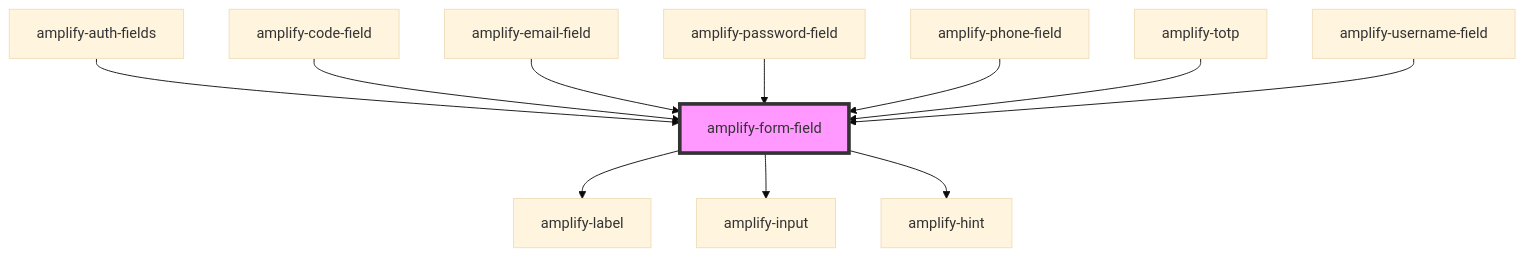
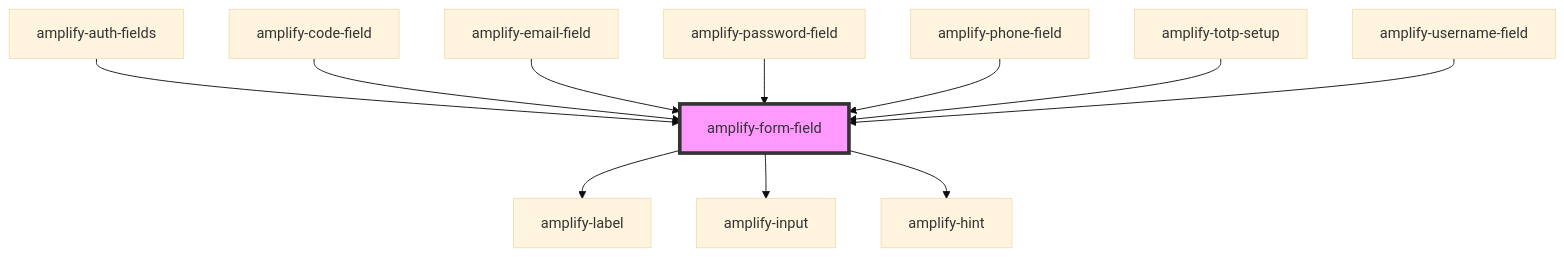
The diagram in packages/amplify-ui-components/src/components/amplify-form-field/readme.md (aws-amplify/amplify-js), drawn with Mermaid (base theme) before and after one commit. The commit also changed other lines of this file and 12 other files, not shown here.

````diff
--- a/packages/amplify-ui-components/src/components/amplify-form-field/readme.md
+++ b/packages/amplify-ui-components/src/components/amplify-form-field/readme.md
@@ -44,14 +44,14 @@
 ```mermaid
 graph TD;
   amplify-form-field --> amplify-label
   amplify-form-field --> amplify-input
   amplify-form-field --> amplify-hint
   amplify-auth-fields --> amplify-form-field
   amplify-code-field --> amplify-form-field
   amplify-email-field --> amplify-form-field
   amplify-password-field --> amplify-form-field
   amplify-phone-field --> amplify-form-field
-  amplify-totp --> amplify-form-field
+  amplify-totp-setup --> amplify-form-field
   amplify-username-field --> amplify-form-field
   style amplify-form-field fill:#f9f,stroke:#333,stroke-width:4px
 ```
````
